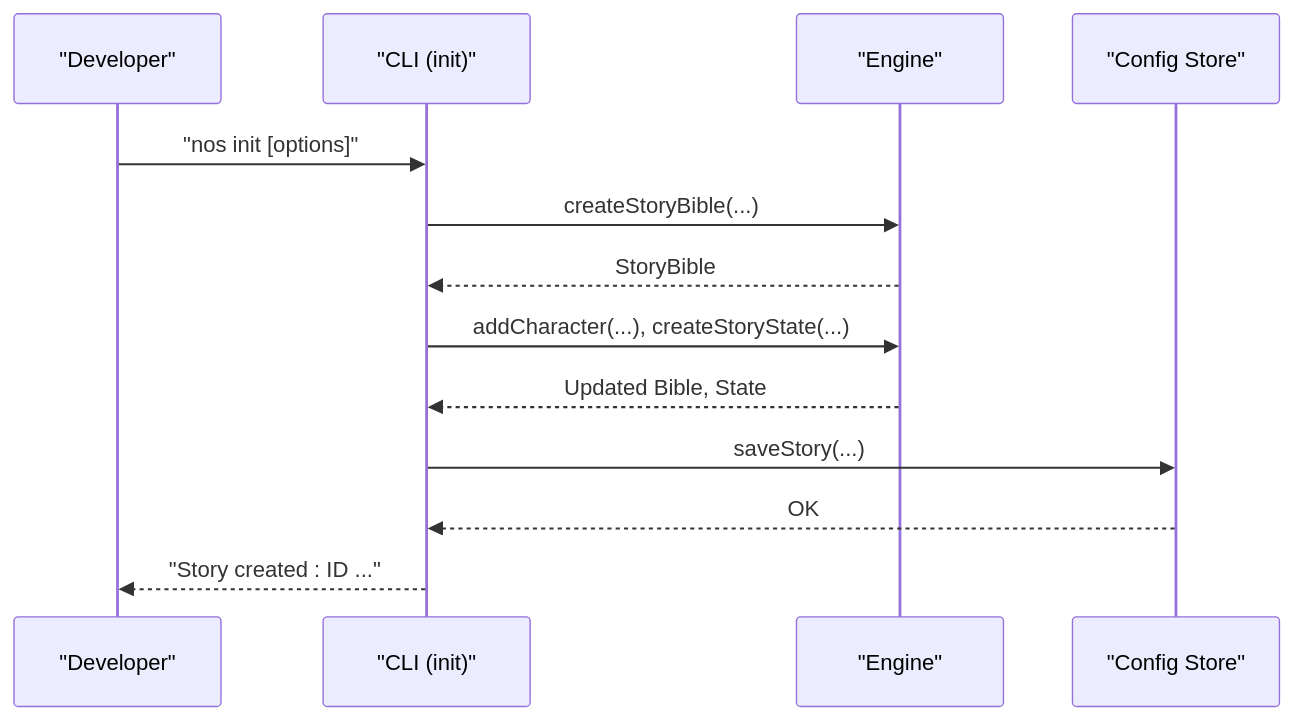
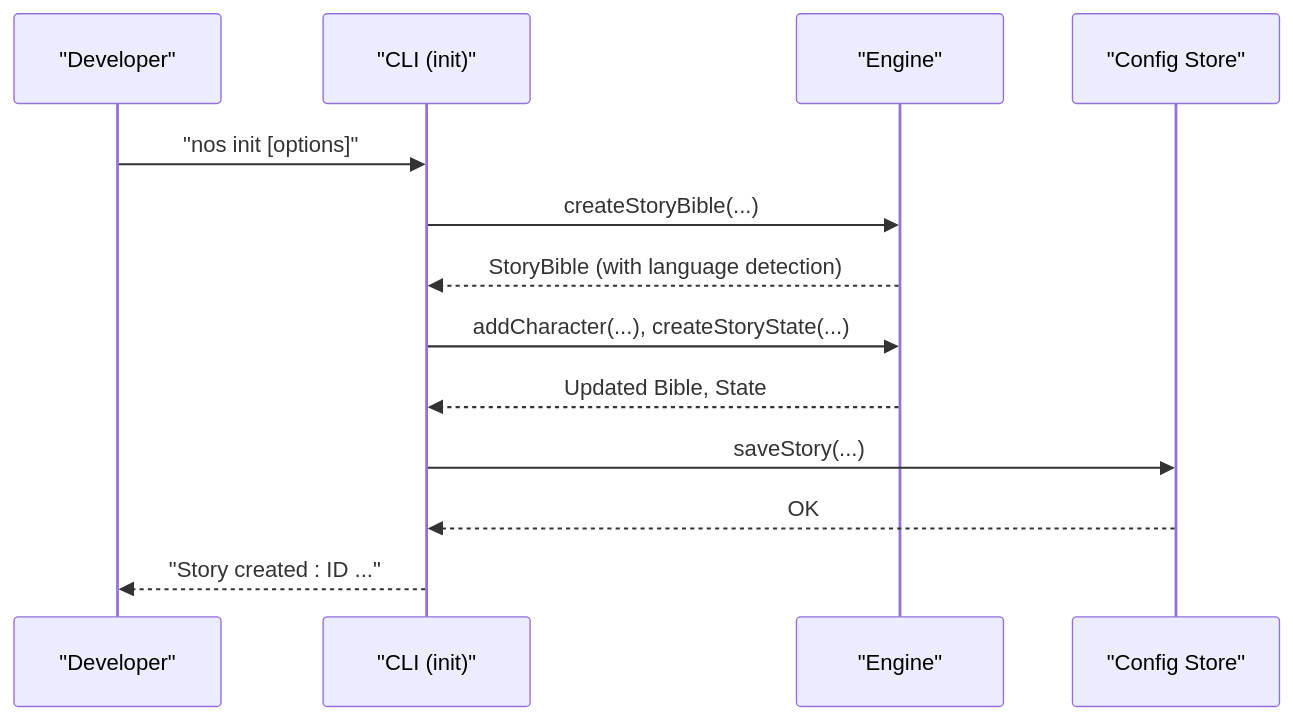
Before and after one commit to liwonder/NARRITIVE_OS: the seventh of 13 diagrams in .qoder/repowiki/en/content/Development and Contributing.md, drawn with Mermaid. The commit also changed other lines of this file and 10 other files, not shown here.

````diff
--- a/.qoder/repowiki/en/content/Development and Contributing.md
+++ b/.qoder/repowiki/en/content/Development and Contributing.md
@@ -244,15 +334,15 @@
 ```mermaid
 sequenceDiagram
 participant User as "Developer"
 participant CLI as "CLI (init)"
 participant Engine as "Engine"
 participant FS as "Config Store"
 User->>CLI : "nos init [options]"
 CLI->>Engine : createStoryBible(...)
-Engine-->>CLI : StoryBible
+Engine-->>CLI : StoryBible (with language detection)
 CLI->>Engine : addCharacter(...), createStoryState(...)
 Engine-->>CLI : Updated Bible, State
 CLI->>FS : saveStory(...)
 FS-->>CLI : OK
 CLI-->>User : "Story created : ID ..."
 ```
````
